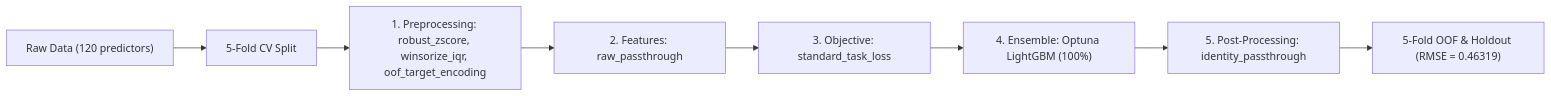
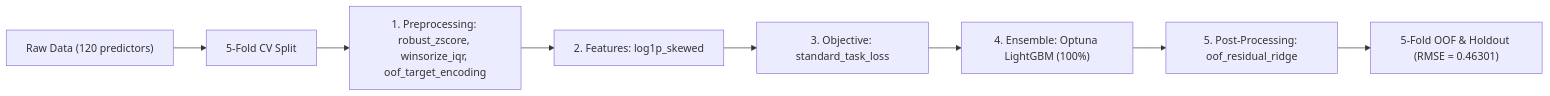
Before and after one commit to stefanoclss/UM-Game-Playing-Strength-of-MCTS-Variants: the diagram in README.md, drawn with Mermaid. The commit also changed other lines of this file, not shown here.

First line of the commit message:
docs(readme): refresh verified OOF benchmark & build ledger (RMSE=0.46301)

````diff
--- a/README.md
+++ b/README.md
@@ -70,10 +72,10 @@
 ```mermaid
 flowchart LR
     DATA["Raw Data (120 predictors)"] --> SPLIT["5-Fold CV Split"]
     SPLIT --> PRE["1. Preprocessing: robust_zscore, winsorize_iqr, oof_target_encoding"]
-    PRE --> FEAT["2. Features: raw_passthrough"]
+    PRE --> FEAT["2. Features: log1p_skewed"]
     FEAT --> OBJ["3. Objective: standard_task_loss"]
     OBJ --> M0["4. Ensemble: Optuna LightGBM (100%)"]
-    M0 --> POST["5. Post-Processing: identity_passthrough"]
-    POST --> OUT["5-Fold OOF & Holdout (RMSE = 0.46319)"]
+    M0 --> POST["5. Post-Processing: oof_residual_ridge"]
+    POST --> OUT["5-Fold OOF & Holdout (RMSE = 0.46301)"]
 ```
````
